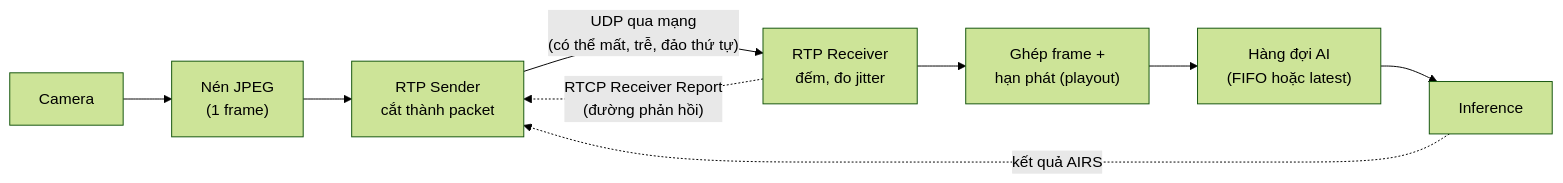
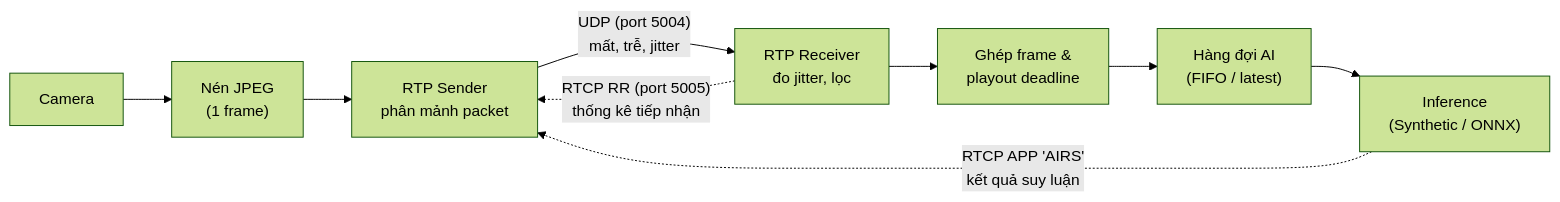
One commit to KaiserRichard/edge-ai-video-runtime changed the diagram in study-site/docs/sessions/01-B-cn-mechanisms.md. Above: the diagram before and after it, drawn with Mermaid (forest theme). The commit also changed other lines of this file, not shown here.

````diff
--- a/study-site/docs/sessions/01-B-cn-mechanisms.md
+++ b/study-site/docs/sessions/01-B-cn-mechanisms.md
@@ -28,11 +11,11 @@
 ```mermaid
 flowchart LR
   CAM["Camera"] --> JPG["Nén JPEG<br/>(1 frame)"]
-  JPG --> TX["RTP Sender<br/>cắt thành packet"]
-  TX -->|"UDP qua mạng<br/>(có thể mất, trễ, đảo thứ tự)"| RX["RTP Receiver<br/>đếm, đo jitter"]
-  RX --> RE["Ghép frame +<br/>hạn phát (playout)"]
-  RE --> Q["Hàng đợi AI<br/>(FIFO hoặc latest)"]
-  Q --> AI["Inference"]
-  AI -.->|"kết quả AIRS"| TX
-  RX -.->|"RTCP Receiver Report<br/>(đường phản hồi)"| TX
+  JPG --> TX["RTP Sender<br/>phân mảnh packet"]
+  TX -->|"UDP (port 5004)<br/>mất, trễ, jitter"| RX["RTP Receiver<br/>đo jitter, lọc"]
+  RX --> RE["Ghép frame &<br/>playout deadline"]
+  RE --> Q["Hàng đợi AI<br/>(FIFO / latest)"]
+  Q --> AI["Inference<br/>(Synthetic / ONNX)"]
+  AI -.->|"RTCP APP 'AIRS'<br/>kết quả suy luận"| TX
+  RX -.->|"RTCP RR (port 5005)<br/>thống kê tiếp nhận"| TX
 ```
````
